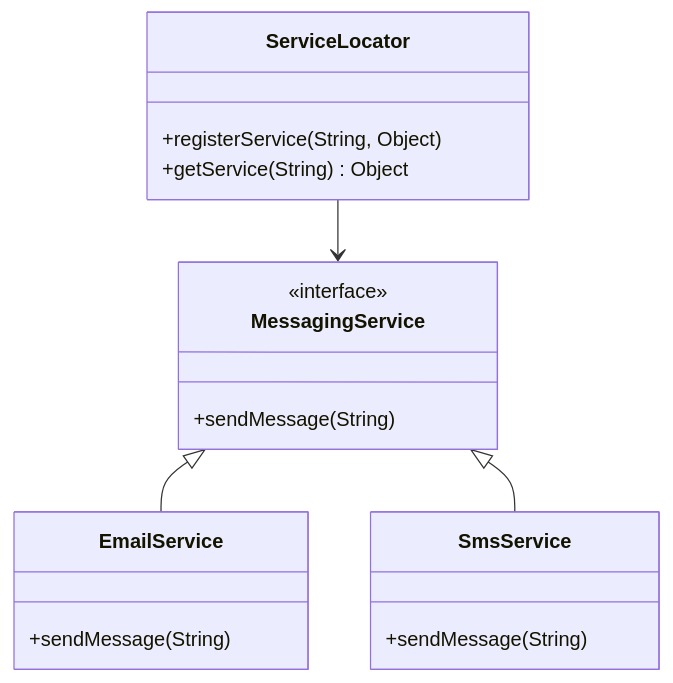
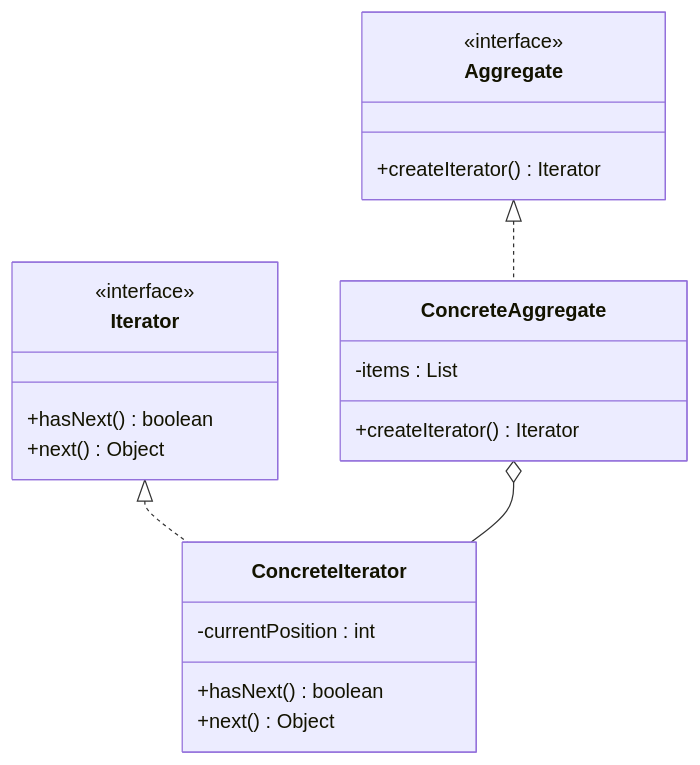
Before and after one commit to MasteryEducation/SoftwarePatternsLexicon.com: the diagram in content/patterns-java/8/5/1/index.md, drawn with Mermaid. The commit also changed other lines of this file and 883 other files, not shown here.

````diff
--- a/content/patterns-java/8/5/1/index.md
+++ b/content/patterns-java/8/5/1/index.md
@@ -271,20 +49,28 @@
 ```mermaid
 classDiagram
-    class ServiceLocator {
-        +registerService(String, Object)
-        +getService(String) Object
+    class Iterator {
+        <<interface>>
+        +hasNext() boolean
+        +next() Object
     }
-    class MessagingService {
+
+    class ConcreteIterator {
+        -currentPosition : int
+        +hasNext() boolean
+        +next() Object
+    }
+
+    class Aggregate {
         <<interface>>
-        +sendMessage(String)
+        +createIterator() Iterator
     }
-    class EmailService {
-        +sendMessage(String)
+
+    class ConcreteAggregate {
+        -items : List
+        +createIterator() Iterator
     }
-    class SmsService {
-        +sendMessage(String)
-    }
-    ServiceLocator --> MessagingService
-    MessagingService <|-- EmailService
-    MessagingService <|-- SmsService
+
+    Iterator <|.. ConcreteIterator
+    Aggregate <|.. ConcreteAggregate
+    ConcreteAggregate o-- ConcreteIterator
 ```
````
